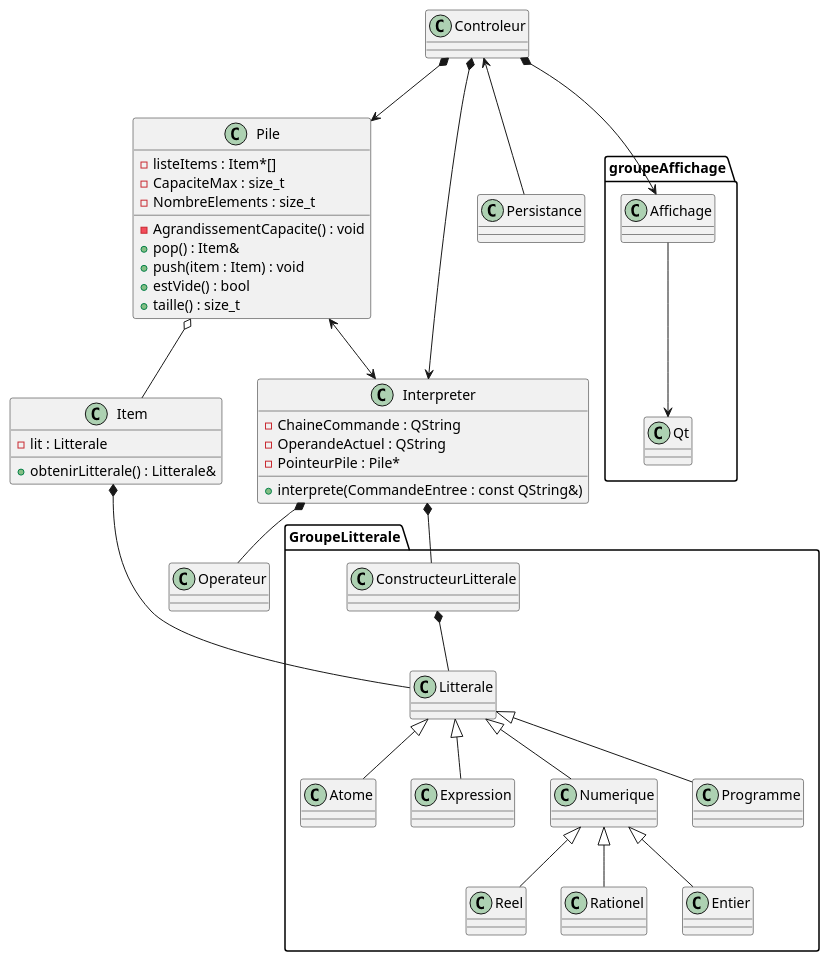
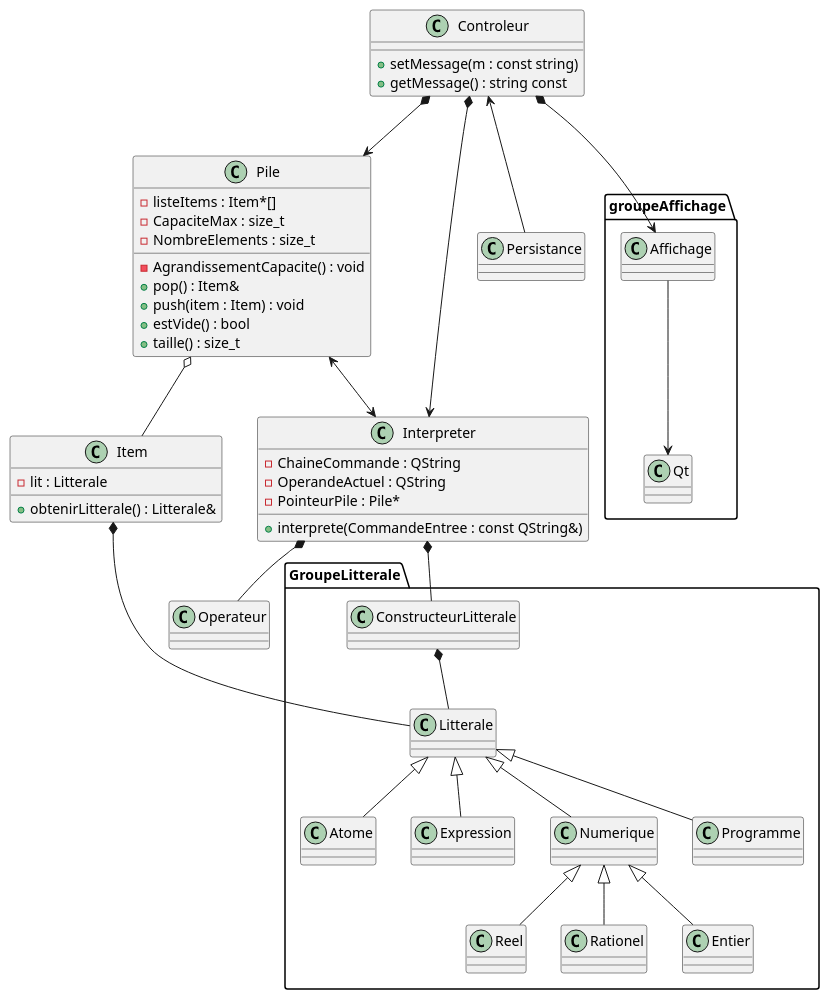
Before and after one commit to LouisJeanneau/LO21-Projet-CompUT: the diagram in UML.puml, drawn with PlantUML.

Commit message:
Ajout méthodes Contrôleur

```diff
--- a/UML.puml
+++ b/UML.puml
@@ -1,115 +1,117 @@
 @startuml
 
 package "GroupeLitterale" {
     Class Litterale{
 
     }
 
     Class ConstructeurLitterale{
 
     }
 
     Class Atome{
 
     }
 
     Class Expression{
 
     }
 
     Class Numerique{
 
     }
 
     Class Reel{
 
     }
 
     Class Rationel{
 
     }
 
     Class Entier{
 
     }
 
     Class Programme{
 
     }
 
 }
 
 
 Class Item{
     -lit : Litterale
     +obtenirLitterale() : Litterale&
 }
 
 Class Operateur{
 
 }
 
 
 Class Pile{
     -listeItems : Item*[]
     -CapaciteMax : size_t
     -NombreElements : size_t
     -AgrandissementCapacite() : void
     +pop() : Item&
     +push(item : Item) : void
     +estVide() : bool
     +taille() : size_t
 
 
 
 }
 
 Class Interpreter{
     -ChaineCommande : QString
     -OperandeActuel : QString
     -PointeurPile : Pile*
     +interprete(CommandeEntree : const QString&)
 }
 
 Class Controleur{
+    +setMessage(m : const string)
+    +getMessage() : string const
 
 }
 
 Class Persistance{
 
 }
 
 package "groupeAffichage" {
 
     Class Affichage{
 
     }
 
     Class Qt {
 
     }
 
 }
 
 Litterale <|-- Programme
 Litterale <|-- Numerique
 Litterale <|-- Expression
 Litterale <|-- Atome
 Numerique <|-- Reel
 Numerique <|-- Rationel
 Numerique <|-- Entier
 
 
 ConstructeurLitterale *-- Litterale
 Interpreter *-- Operateur
 Interpreter *-- ConstructeurLitterale
 Item *-- Litterale
 Pile o-- Item
 Pile <--> Interpreter
 Controleur *--> Interpreter
 Controleur *--> Pile
 Controleur <-- Persistance
 Controleur *--> Affichage
 Affichage --> Qt
 
 @enduml
```
